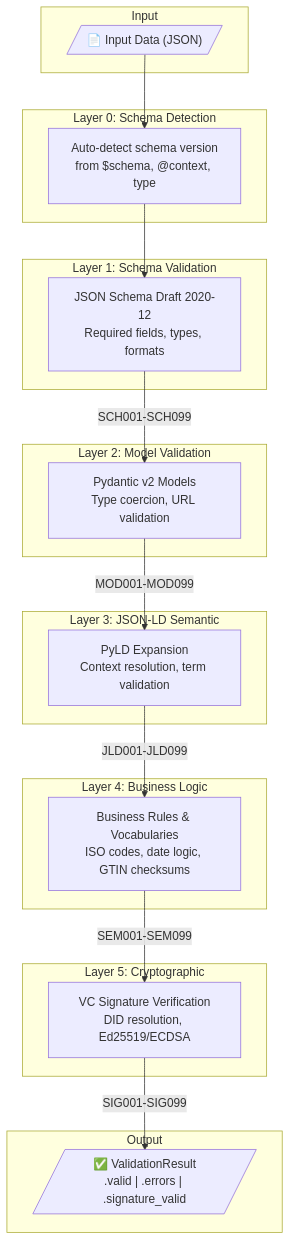
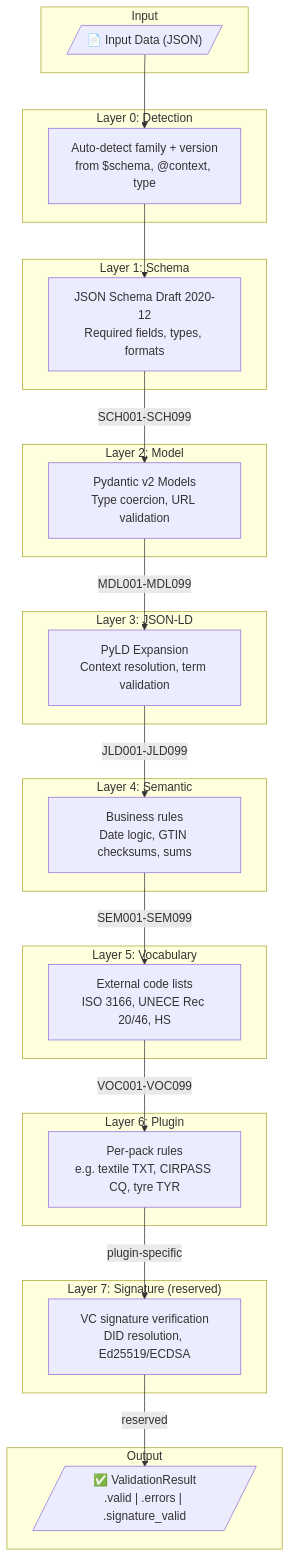
Before and after one commit to artiso-ai/dppvalidator: the diagram in README.md, drawn with Mermaid. The commit also changed other lines of this file and 33 other files, not shown here.

````diff
--- a/README.md
+++ b/README.md
@@ -255,42 +255,52 @@
 ```mermaid
 flowchart TD
     subgraph Input
         A[/"📄 Input Data (JSON)"/]
     end
 
-    subgraph Layer0["Layer 0: Schema Detection"]
-        A0["Auto-detect schema version<br/>from $schema, @context, type"]
+    subgraph Layer0["Layer 0: Detection"]
+        A0["Auto-detect family + version<br/>from $schema, @context, type"]
     end
 
-    subgraph Layer1["Layer 1: Schema Validation"]
+    subgraph Layer1["Layer 1: Schema"]
         B["JSON Schema Draft 2020-12<br/>Required fields, types, formats"]
     end
 
-    subgraph Layer2["Layer 2: Model Validation"]
+    subgraph Layer2["Layer 2: Model"]
         C["Pydantic v2 Models<br/>Type coercion, URL validation"]
     end
 
-    subgraph Layer3["Layer 3: JSON-LD Semantic"]
+    subgraph Layer3["Layer 3: JSON-LD"]
         C2["PyLD Expansion<br/>Context resolution, term validation"]
     end
 
-    subgraph Layer4["Layer 4: Business Logic"]
-        D["Business Rules & Vocabularies<br/>ISO codes, date logic, GTIN checksums"]
+    subgraph Layer4["Layer 4: Semantic"]
+        D["Business rules<br/>Date logic, GTIN checksums, sums"]
     end
 
-    subgraph Layer5["Layer 5: Cryptographic"]
-        E["VC Signature Verification<br/>DID resolution, Ed25519/ECDSA"]
+    subgraph Layer5["Layer 5: Vocabulary"]
+        D2["External code lists<br/>ISO 3166, UNECE Rec 20/46, HS"]
+    end
+
+    subgraph Layer6["Layer 6: Plugin"]
+        D3["Per-pack rules<br/>e.g. textile TXT, CIRPASS CQ, tyre TYR"]
+    end
+
+    subgraph Layer7["Layer 7: Signature (reserved)"]
+        E["VC signature verification<br/>DID resolution, Ed25519/ECDSA"]
     end
 
     subgraph Output
         F[/"✅ ValidationResult<br/>.valid | .errors | .signature_valid"/]
     end
 
     A --> A0
     A0 --> B
     B -->|"SCH001-SCH099"| C
-    C -->|"MOD001-MOD099"| C2
+    C -->|"MDL001-MDL099"| C2
     C2 -->|"JLD001-JLD099"| D
-    D -->|"SEM001-SEM099"| E
-    E -->|"SIG001-SIG099"| F
+    D -->|"SEM001-SEM099"| D2
+    D2 -->|"VOC001-VOC099"| D3
+    D3 -->|"plugin-specific"| E
+    E -->|"reserved"| F
 ```
````
